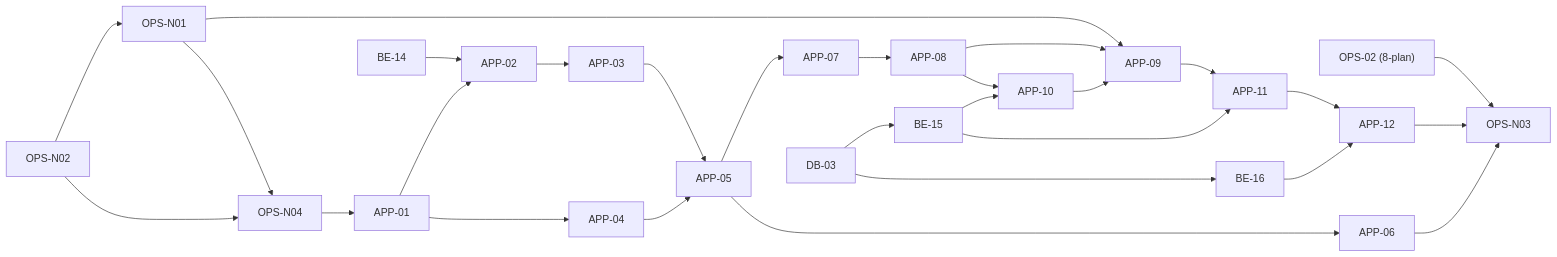
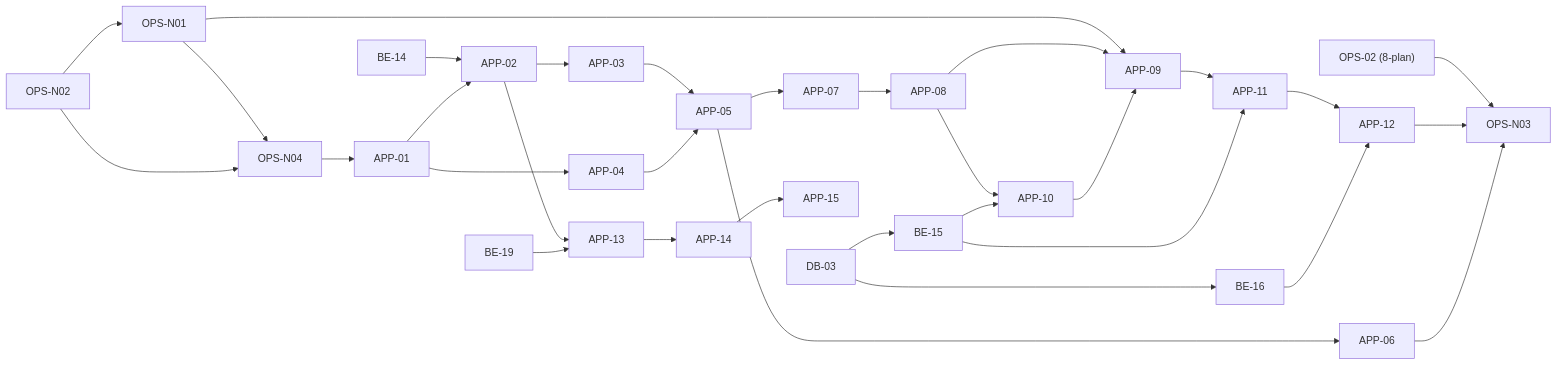
The diagram in docs/12-native-plan.md (hyunboee/drop_app), drawn with Mermaid before and after one commit. The commit also changed other lines of this file and 7 other files, not shown here.

````diff
--- a/docs/12-native-plan.md
+++ b/docs/12-native-plan.md
@@ -74,30 +77,34 @@
 ```mermaid
 flowchart LR
   OPS02["OPS-02 (8-plan)"] --> OPSN03
   OPSN02["OPS-N02"] --> OPSN01["OPS-N01"]
   OPSN01 --> OPSN04["OPS-N04"]
   OPSN02 --> OPSN04
   OPSN04 --> APP01["APP-01"]
   OPSN01 --> APP09
   DB03["DB-03"] --> BE15["BE-15"]
   DB03 --> BE16["BE-16"]
   BE14["BE-14"] --> APP02["APP-02"]
   APP01 --> APP02
   APP01 --> APP04["APP-04"]
   APP02 --> APP03["APP-03"]
   APP03 --> APP05["APP-05"]
   APP04 --> APP05
   APP05 --> APP06["APP-06"]
   APP05 --> APP07["APP-07"]
   APP07 --> APP08["APP-08"]
   APP08 --> APP10["APP-10"]
   BE15 --> APP10
   APP08 --> APP09["APP-09"]
   APP10 --> APP09
   APP09 --> APP11["APP-11"]
   BE15 --> APP11
   APP11 --> APP12["APP-12"]
+  APP02 --> APP13["APP-13"]
+  BE19["BE-19"] --> APP13
+  APP13 --> APP14["APP-14"]
+  APP14 --> APP15["APP-15"]
   BE16 --> APP12
   APP12 --> OPSN03["OPS-N03"]
   APP06 --> OPSN03
 ```
````
